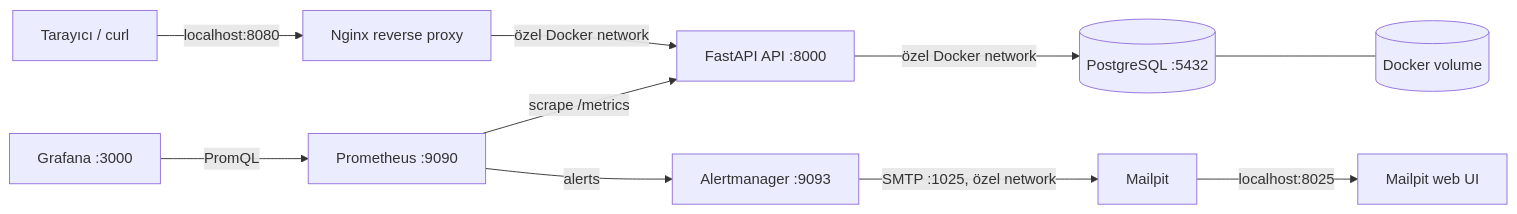
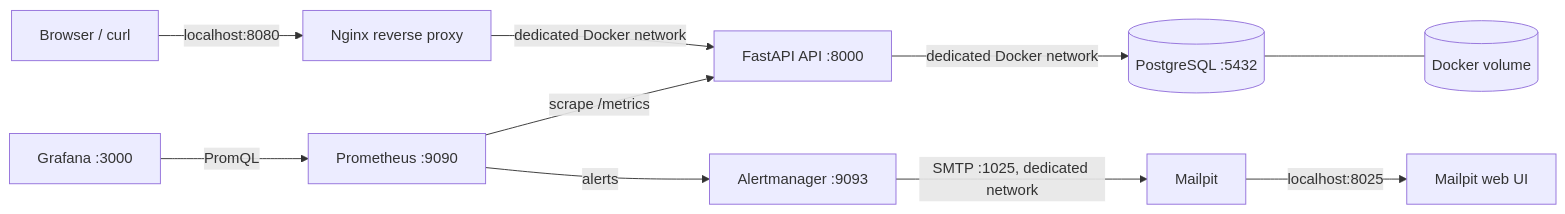
One commit to negativexq/terraform-docker-infrastructure-lab changed the diagram in README.md. Above: the diagram before and after it, drawn with Mermaid. The commit also changed other lines of this file and 1 other file, not shown here.

````diff
--- a/README.md
+++ b/README.md
@@ -9,12 +11,12 @@
 ```mermaid
 flowchart LR
-    Client[Tarayıcı / curl] -->|localhost:8080| Nginx[Nginx reverse proxy]
-    Nginx -->|özel Docker network| API[FastAPI API :8000]
-    API -->|özel Docker network| DB[(PostgreSQL :5432)]
+    Client[Browser / curl] -->|localhost:8080| Nginx[Nginx reverse proxy]
+    Nginx -->|dedicated Docker network| API[FastAPI API :8000]
+    API -->|dedicated Docker network| DB[(PostgreSQL :5432)]
     DB --- Volume[(Docker volume)]
     Prom[Prometheus :9090] -->|scrape /metrics| API
     Grafana[Grafana :3000] -->|PromQL| Prom
     Prom -->|alerts| AM[Alertmanager :9093]
-    AM -->|SMTP :1025, özel network| Mailpit[Mailpit]
+    AM -->|SMTP :1025, dedicated network| Mailpit[Mailpit]
     Mailpit -->|localhost:8025| MailpitUI[Mailpit web UI]
 ```
````
